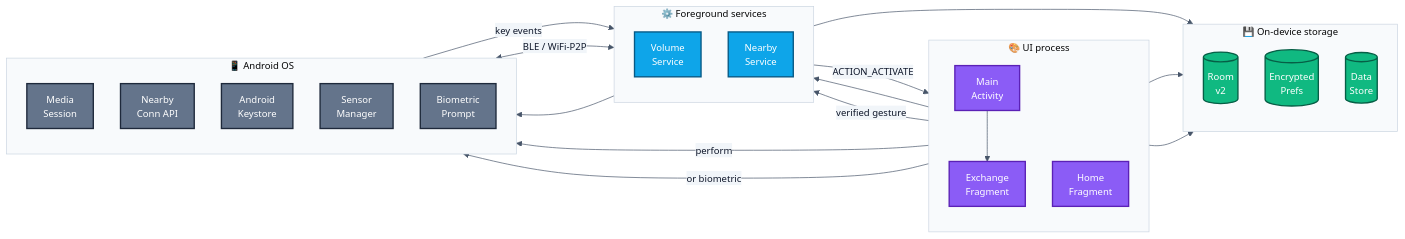
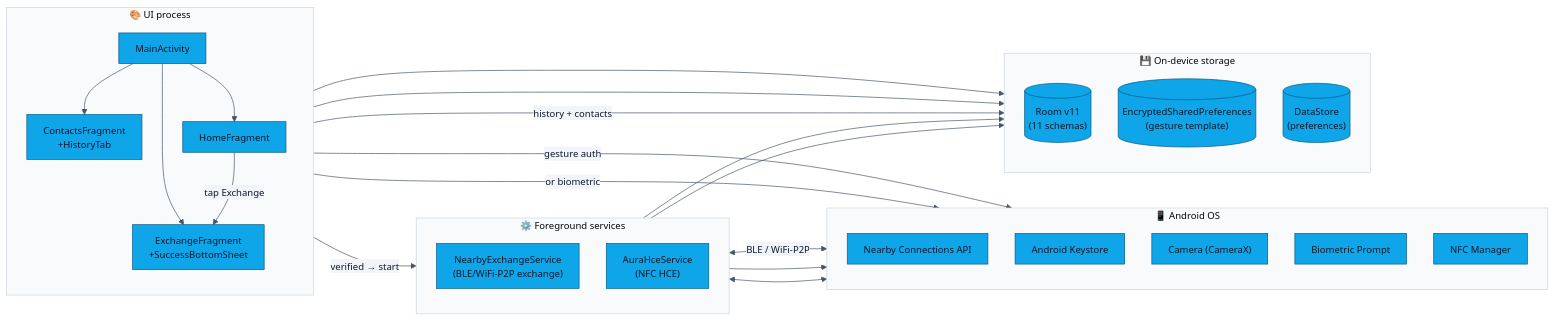
One commit to Yash-Awasthi/Aura changed the second of 4 diagrams in docs/ARCHITECTURE.md. Above: the diagram before and after it, drawn with Mermaid. The commit also changed other lines of this file and 10 other files, not shown here.

````diff
--- a/docs/ARCHITECTURE.md
+++ b/docs/ARCHITECTURE.md
@@ -115,58 +150,54 @@
 ```mermaid
 %%{init: {'theme':'base','themeVariables':{
   'fontFamily':'ui-monospace, SFMono-Regular, Menlo, Monaco, monospace',
   'fontSize':'14px',
   'primaryColor':'#0EA5E9',
   'primaryTextColor':'#0F172A',
   'primaryBorderColor':'#075985',
   'lineColor':'#475569',
   'secondaryColor':'#F1F5F9',
   'tertiaryColor':'#FAFAF9',
   'clusterBkg':'#F8FAFC',
   'clusterBorder':'#CBD5E1'
-},'flowchart':{'curve':'basis','nodeSpacing':40,'rankSpacing':50,'padding':12},'sequence':{'actorMargin':50,'boxMargin':10,'noteMargin':10,'messageMargin':35}}}%%
+},'flowchart':{'curve':'basis','nodeSpacing':40,'rankSpacing':50,'padding':12}}}%%
 flowchart LR
-    subgraph FG["⚙️&nbsp;Foreground&nbsp;services"]
+    subgraph FG["⚙️ Foreground services"]
         direction TB
-        VBLS["Volume<br/>Service"]:::service
-        NES["Nearby<br/>Service"]:::service
+        NES["NearbyExchangeService\n(BLE/WiFi-P2P exchange)"]:::service
+        HCE["AuraHceService\n(NFC HCE)"]:::service
     end
-    subgraph UIp["🎨&nbsp;UI&nbsp;process"]
+    subgraph UIp["🎨 UI process"]
         direction TB
-        MA["Main<br/>Activity"]:::ui
-        EF["Exchange<br/>Fragment"]:::ui
-        HF["Home<br/>Fragment"]:::ui
+        MA["MainActivity"]:::ui
+        EF["ExchangeFragment\n+SuccessBottomSheet"]:::ui
+        CF["ContactsFragment\n+HistoryTab"]:::ui
+        HF["HomeFragment"]:::ui
     end
-    subgraph OS["📱&nbsp;Android&nbsp;OS"]
+    subgraph OS["📱 Android OS"]
         direction TB
-        ME["Media<br/>Session"]:::muted
-        NC["Nearby<br/>Conn API"]:::muted
-        KS["Android<br/>Keystore"]:::muted
-        SM["Sensor<br/>Manager"]:::muted
-        BIO["Biometric<br/>Prompt"]:::muted
+        NC["Nearby Connections API"]:::muted
+        KS["Android Keystore"]:::muted
+        CAM["Camera (CameraX)"]:::muted
+        BIO["Biometric Prompt"]:::muted
+        NFC["NFC Manager"]:::muted
     end
-    subgraph STO["💾&nbsp;On-device&nbsp;storage"]
+    subgraph STO["💾 On-device storage"]
         direction TB
-        ROOM[("Room<br/>v2")]:::data
-        ESP[("Encrypted<br/>Prefs")]:::data
-        DSP[("Data<br/>Store")]:::data
+        ROOM[("Room v11\n(11 schemas)")]:::data
+        ESP[("EncryptedSharedPreferences\n(gesture template)")]:::data
+        DSP[("DataStore\n(preferences)")]:::data
     end
 
-    ME -->|"key events"| VBLS
-    VBLS -->|"ACTION_ACTIVATE"| MA
-    MA --> EF
-    HF --> NES
-    EF -->|"verified gesture"| NES
-    EF -->|"perform"| SM
+    MA --> EF & CF & HF
+    EF -->|"gesture auth"| CAM
     EF -->|"or biometric"| BIO
+    EF -->|"verified → start"| NES
+    HF -->|"tap Exchange"| EF
     NES <-->|"BLE / WiFi-P2P"| NC
-    NES --> KS
-    NES --> ROOM
+    NES --> KS & ROOM
+    HCE <--> NFC
+    HCE --> ROOM
     EF --> ESP
     MA --> DSP
-
-    classDef service fill:#0EA5E9,color:#FFFFFF,stroke:#075985,stroke-width:2px
-    classDef ui fill:#8B5CF6,color:#FFFFFF,stroke:#5B21B6,stroke-width:2px
-    classDef muted fill:#64748B,color:#FFFFFF,stroke:#1E293B,stroke-width:2px
-    classDef data fill:#10B981,color:#FFFFFF,stroke:#065F46,stroke-width:2px
+    CF -->|"history + contacts"| ROOM
 ```
````
